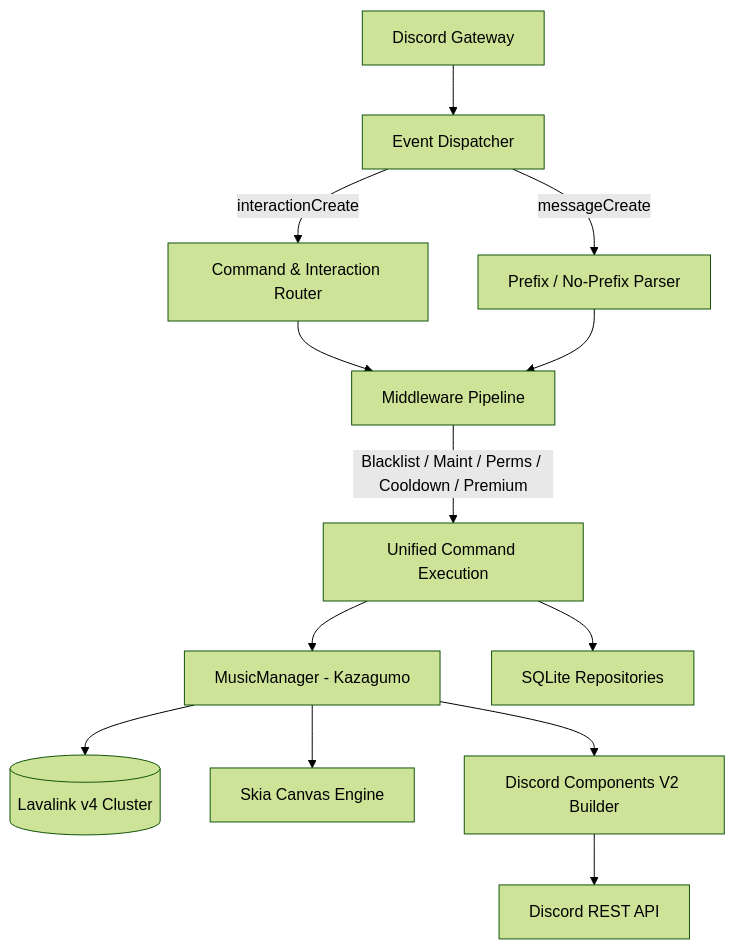
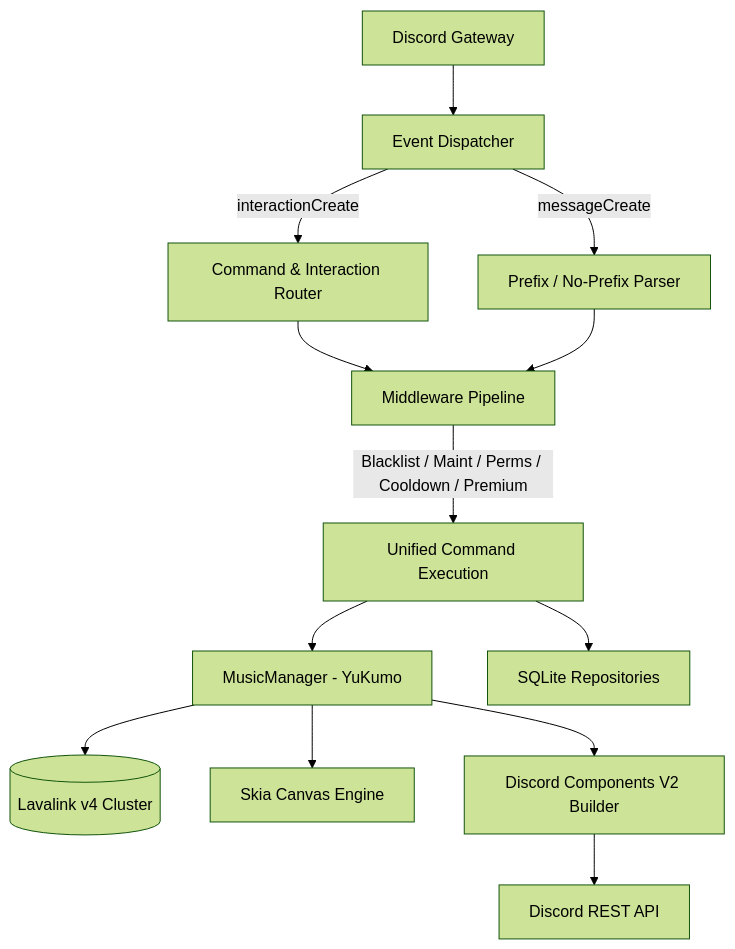
The diagram in Readme.md (Nex-Devz/Kira-Music), drawn with Mermaid (forest theme) before and after one commit. The commit also changed other lines of this file and 22 other files, not shown here.

Commit message:
feat: implement music queue management, utility commands, and bot architecture

````diff
--- a/Readme.md
+++ b/Readme.md
@@ -80,20 +80,20 @@
 ```mermaid
 graph TD
     Client[Discord Gateway] --> Router[Event Dispatcher]
     Router --> |interactionCreate| SlashRouter[Command & Interaction Router]
     Router --> |messageCreate| MsgParser[Prefix / No-Prefix Parser]
     
     SlashRouter --> Pipeline[Middleware Pipeline]
     MsgParser --> Pipeline
     
     Pipeline --> |Blacklist / Maint / Perms / Cooldown / Premium| CommandExec[Unified Command Execution]
     
-    CommandExec --> MusicMgr[MusicManager - Kazagumo]
+    CommandExec --> MusicMgr[MusicManager - YuKumo]
     CommandExec --> Database[SQLite Repositories]
     
     MusicMgr --> Lavalink[(Lavalink v4 Cluster)]
     MusicMgr --> Canvas[Skia Canvas Engine]
     MusicMgr --> UIBuilder[Discord Components V2 Builder]
     
     UIBuilder --> DiscordAPI[Discord REST API]
 ```
````
